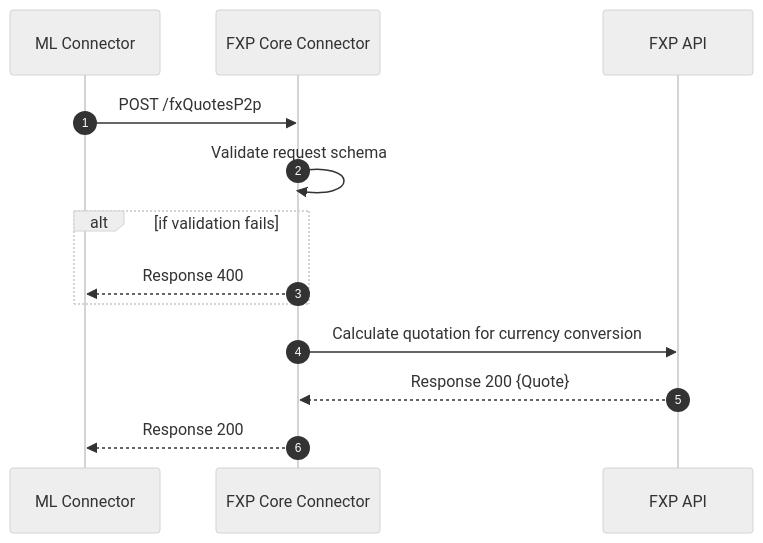
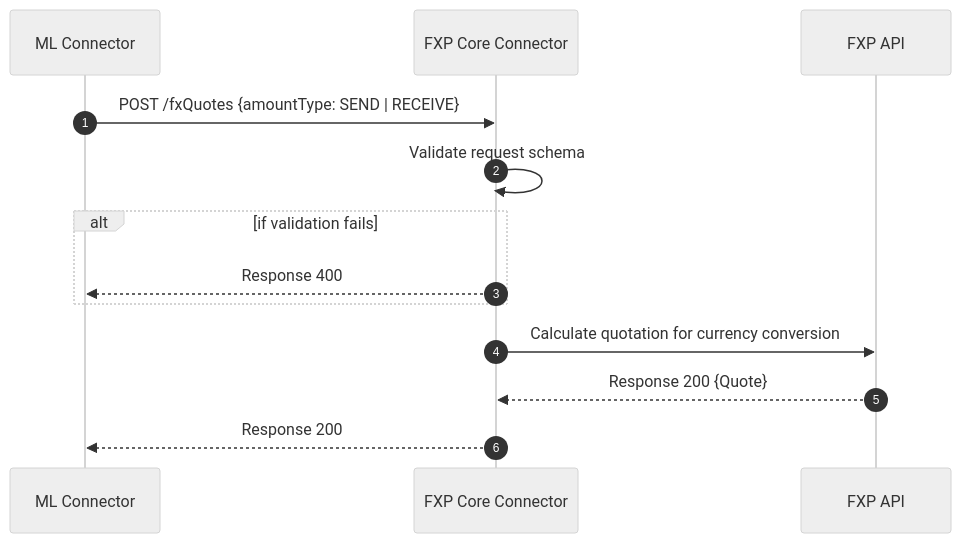
The diagram in design-docs/fxp/fxp-fxQuotes.md (mojaloop/ml-reference-connectors), drawn with Mermaid (neutral theme) before and after one commit. The commit also changed other lines of this file and 17 other files, not shown here.

````diff
--- a/design-docs/fxp/fxp-fxQuotes.md
+++ b/design-docs/fxp/fxp-fxQuotes.md
@@ -12,12 +12,12 @@
 ```mermaid
 sequenceDiagram
     autonumber
-    ML Connector ->> FXP Core Connector: POST /fxQuotesP2p
+    ML Connector ->> FXP Core Connector: POST /fxQuotes {amountType: SEND | RECEIVE}
     FXP Core Connector ->> FXP Core Connector: Validate request schema
     Alt if validation fails
     FXP Core Connector -->> ML Connector: Response 400
     End
     FXP Core Connector ->> FXP API: Calculate quotation for currency conversion
     FXP API -->> FXP Core Connector: Response 200 {Quote}
     FXP Core Connector -->> ML Connector: Response 200
 ```
````
